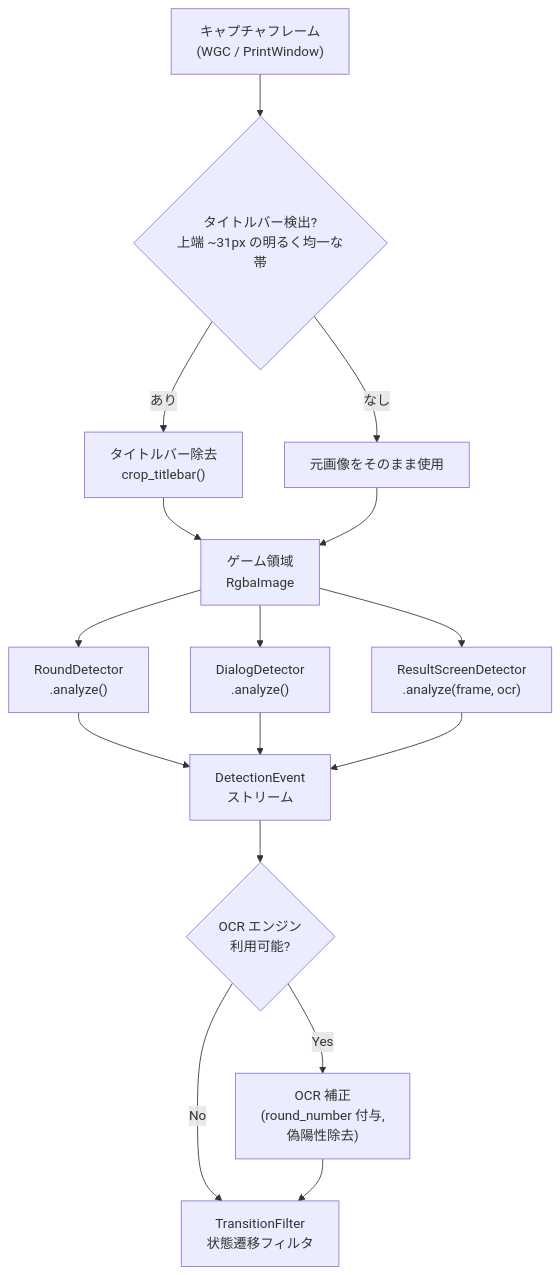
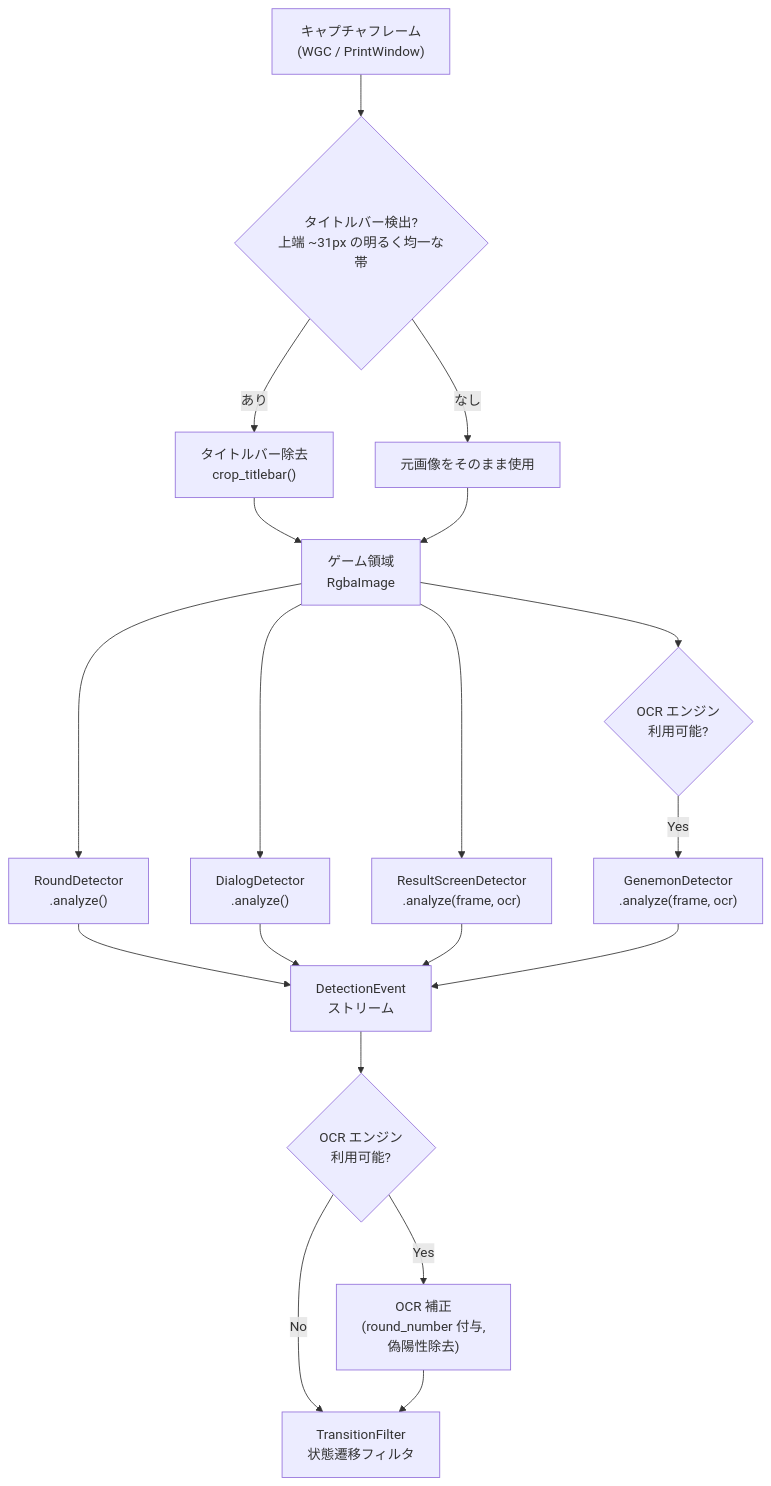
Before and after one commit to naa0yama/dna-assistant: the second of 4 diagrams in docs/specs/components/detection-overview.md, drawn with Mermaid. The commit also changed other lines of this file and 14 other files, not shown here.

First line of the commit message:
feat: add GenemonDetector for quest liberation OCR detection (#199)

````diff
--- a/docs/specs/components/detection-overview.md
+++ b/docs/specs/components/detection-overview.md
@@ -64,19 +65,22 @@
 ```mermaid
 flowchart TD
     FRAME["キャプチャフレーム\n(WGC / PrintWindow)"]
     FRAME --> TB{"タイトルバー検出?\n上端 ~31px の明るく均一な帯"}
     TB -- あり --> CROP["タイトルバー除去\ncrop_titlebar()"]
     TB -- なし --> CLONE["元画像をそのまま使用"]
     CROP --> GAME["ゲーム領域\nRgbaImage"]
     CLONE --> GAME
     GAME --> ROUND["RoundDetector\n.analyze()"]
     GAME --> DIALOG["DialogDetector\n.analyze()"]
     GAME --> RESULT["ResultScreenDetector\n.analyze(frame, ocr)"]
+    GAME --> OCR_CHECK{"OCR エンジン\n利用可能?"}
+    OCR_CHECK -- Yes --> GENEMON["GenemonDetector\n.analyze(frame, ocr)"]
     ROUND --> EVENTS["DetectionEvent\nストリーム"]
     DIALOG --> EVENTS
     RESULT --> EVENTS
+    GENEMON --> EVENTS
     EVENTS --> OCR{"OCR エンジン\n利用可能?"}
     OCR -- Yes --> OCR_ENRICH["OCR 補正\n(round_number 付与,\n偽陽性除去)"]
     OCR -- No --> TRANSITION["TransitionFilter\n状態遷移フィルタ"]
     OCR_ENRICH --> TRANSITION
 ```
````
